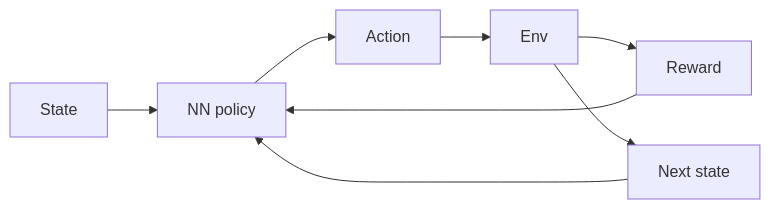
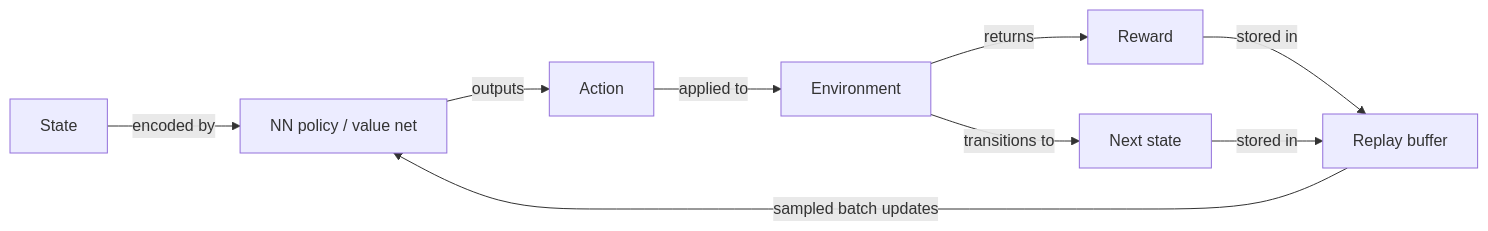
One commit to EmersonBraun/ai-summary-hub changed the diagram in docs/drl/index.md. Above: the diagram before and after it, drawn with Mermaid. The commit also changed other lines of this file and 77 other files, not shown here.

````diff
--- a/docs/drl/index.md
+++ b/docs/drl/index.md
@@ -19,10 +25,11 @@
 ```mermaid
 flowchart LR
-  State[State] --> Policy[NN policy]
-  Policy --> Action[Action]
-  Action --> Env[Env]
-  Env --> Reward[Reward]
-  Env --> NextState[Next state]
-  Reward --> Policy
-  NextState --> Policy
+  State[State] -->|encoded by| Policy[NN policy / value net]
+  Policy -->|outputs| Action[Action]
+  Action -->|applied to| Env[Environment]
+  Env -->|returns| Reward[Reward]
+  Env -->|transitions to| NextState[Next state]
+  Reward -->|stored in| Buffer[Replay buffer]
+  NextState -->|stored in| Buffer
+  Buffer -->|sampled batch updates| Policy
 ```
````
